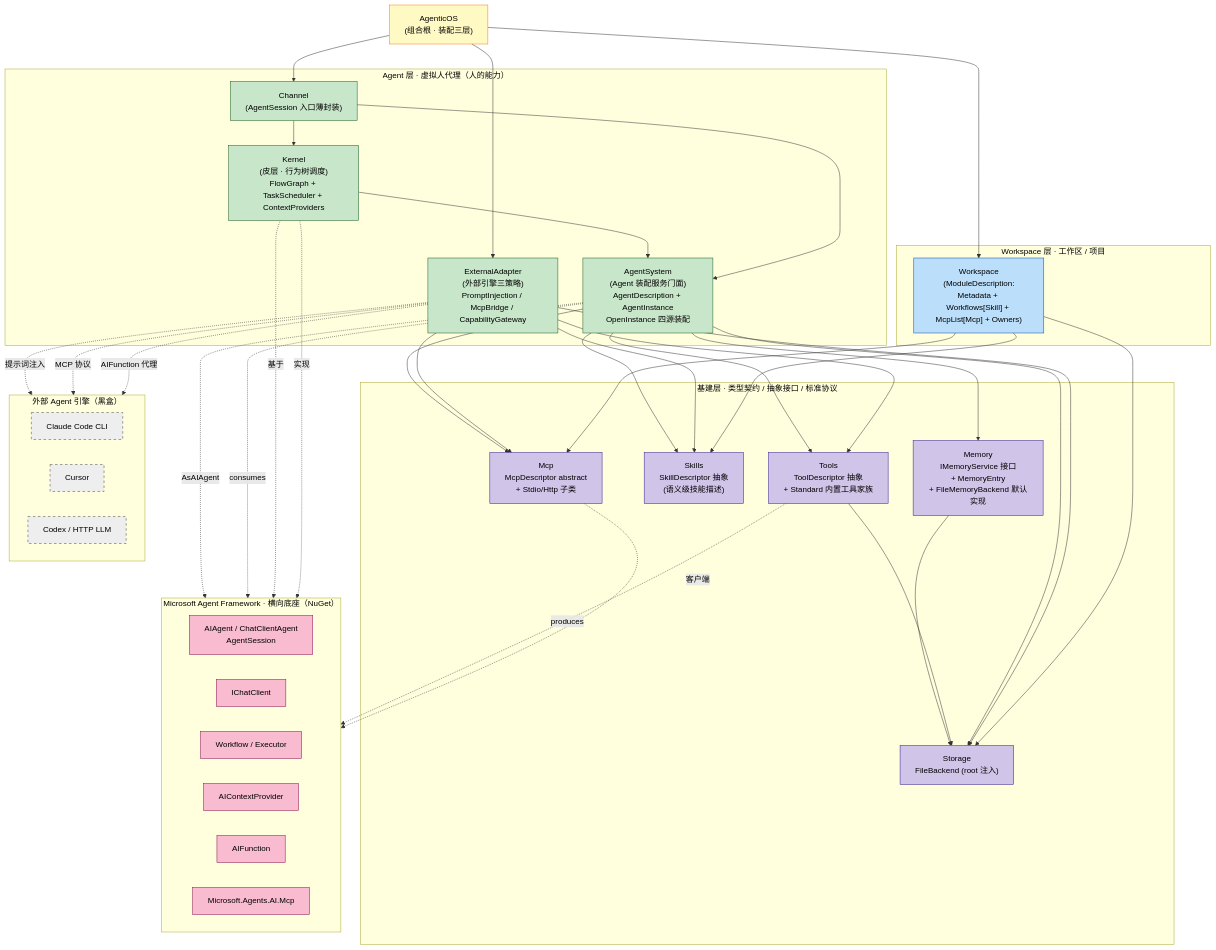
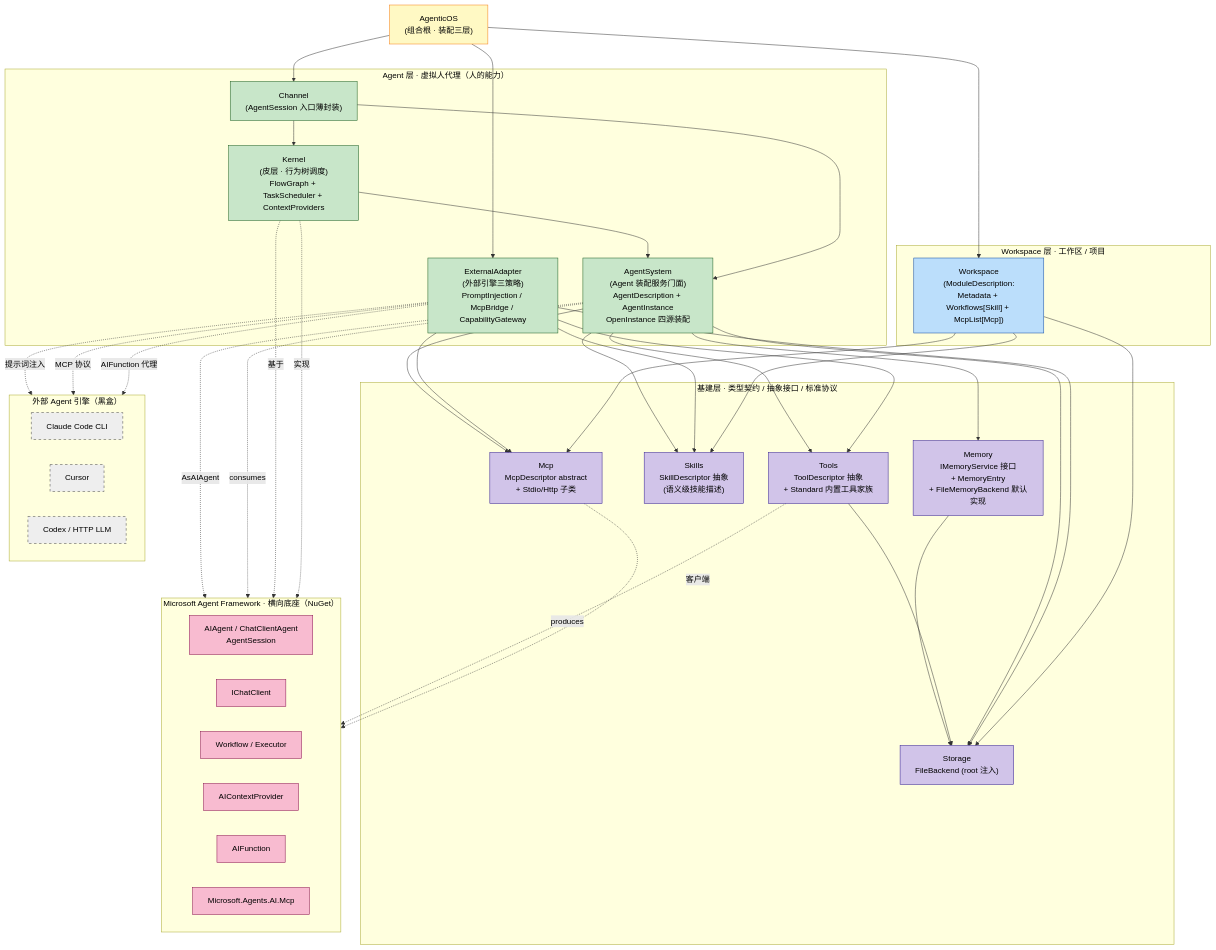
One commit to nan023062/agent-team-cc changed the first of 2 diagrams in v2/cbim/Assets/CBIM/_ARCHITECTURE.md. Above: the diagram before and after it, drawn with Mermaid. The commit also changed other lines of this file and 8 other files, not shown here.

First line of the commit message:
refactor(v2/Workspace): drop ModuleDescription.Owners — module has no owner

```diff
--- a/v2/cbim/Assets/CBIM/_ARCHITECTURE.md
+++ b/v2/cbim/Assets/CBIM/_ARCHITECTURE.md
@@ -129,7 +129,7 @@
     end
 
     subgraph WorkspaceLayer["Workspace 层 · 工作区 / 项目"]
-        WS["Workspace<br/>(ModuleDescription:<br/>Metadata + Workflows[Skill] + McpList[Mcp] + Owners)"]
+        WS["Workspace<br/>(ModuleDescription:<br/>Metadata + Workflows[Skill] + McpList[Mcp])"]
     end
 
     subgraph MSAI["Microsoft Agent Framework · 横向底座（NuGet）"]
```
